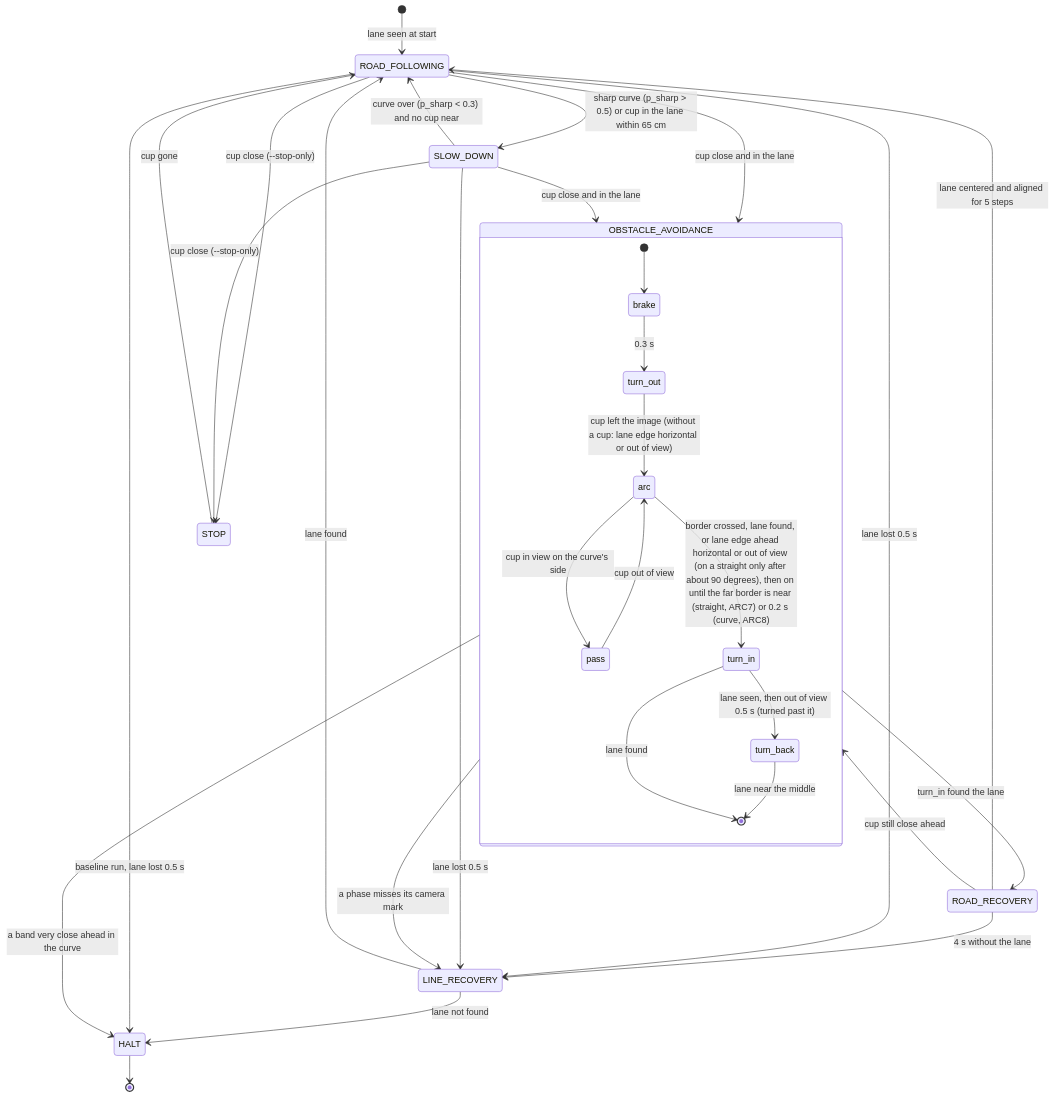
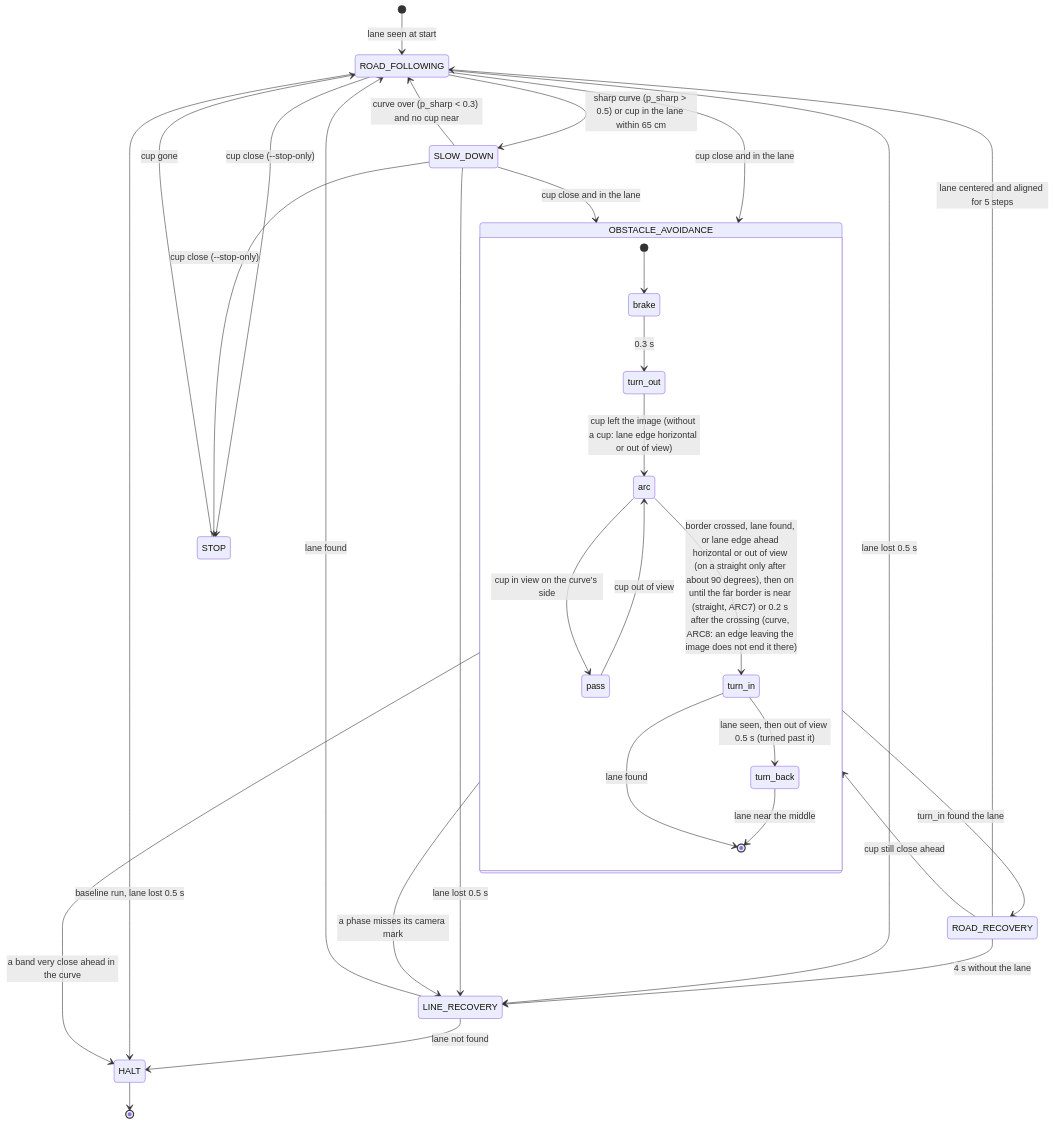
Before and after one commit to janniskrn/robotic-jetbot: the diagram in notebooks/mini_av/STATE_MACHINE.md, drawn with Mermaid. The commit also changed 4 other files, not shown here.

````diff
--- a/notebooks/mini_av/STATE_MACHINE.md
+++ b/notebooks/mini_av/STATE_MACHINE.md
@@ -35,34 +35,34 @@
 ```mermaid
 stateDiagram-v2
     [*] --> ROAD_FOLLOWING: lane seen at start
     ROAD_FOLLOWING --> SLOW_DOWN: sharp curve (p_sharp > 0.5) or cup in the lane within 65 cm
     SLOW_DOWN --> ROAD_FOLLOWING: curve over (p_sharp < 0.3) and no cup near
     ROAD_FOLLOWING --> OBSTACLE_AVOIDANCE: cup close and in the lane
     SLOW_DOWN --> OBSTACLE_AVOIDANCE: cup close and in the lane
     state OBSTACLE_AVOIDANCE {
         [*] --> brake
         brake --> turn_out: 0.3 s
         turn_out --> arc: cup left the image (without a cup: lane edge horizontal or out of view)
         arc --> pass: cup in view on the curve's side
         pass --> arc: cup out of view
-        arc --> turn_in: border crossed, lane found, or lane edge ahead horizontal or out of view (on a straight only after about 90 degrees), then on until the far border is near (straight, ARC7) or 0.2 s (curve, ARC8)
+        arc --> turn_in: border crossed, lane found, or lane edge ahead horizontal or out of view (on a straight only after about 90 degrees), then on until the far border is near (straight, ARC7) or 0.2 s after the crossing (curve, ARC8: an edge leaving the image does not end it there)
         turn_in --> [*]: lane found
         turn_in --> turn_back: lane seen, then out of view 0.5 s (turned past it)
         turn_back --> [*]: lane near the middle
     }
     OBSTACLE_AVOIDANCE --> ROAD_RECOVERY: turn_in found the lane
     OBSTACLE_AVOIDANCE --> HALT: a band very close ahead in the curve
     ROAD_RECOVERY --> ROAD_FOLLOWING: lane centered and aligned for 5 steps
     ROAD_RECOVERY --> OBSTACLE_AVOIDANCE: cup still close ahead
     ROAD_RECOVERY --> LINE_RECOVERY: 4 s without the lane
     ROAD_FOLLOWING --> LINE_RECOVERY: lane lost 0.5 s
     SLOW_DOWN --> LINE_RECOVERY: lane lost 0.5 s
     OBSTACLE_AVOIDANCE --> LINE_RECOVERY: a phase misses its camera mark
     LINE_RECOVERY --> ROAD_FOLLOWING: lane found
     LINE_RECOVERY --> HALT: lane not found
     ROAD_FOLLOWING --> STOP: cup close (--stop-only)
     SLOW_DOWN --> STOP: cup close (--stop-only)
     STOP --> ROAD_FOLLOWING: cup gone
     ROAD_FOLLOWING --> HALT: baseline run, lane lost 0.5 s
     HALT --> [*]
 ```
````
